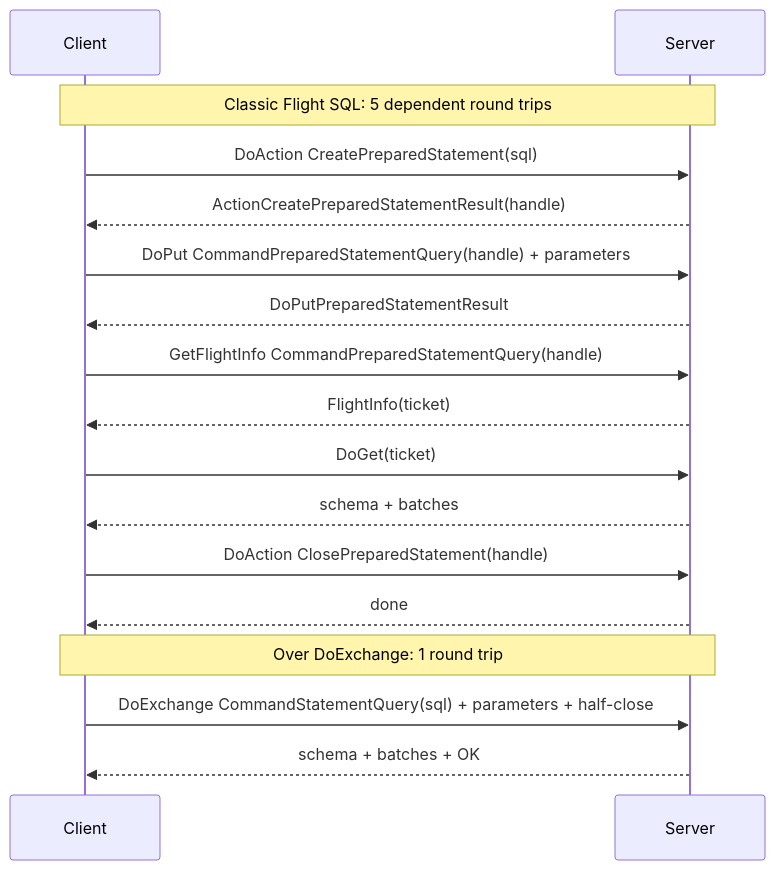
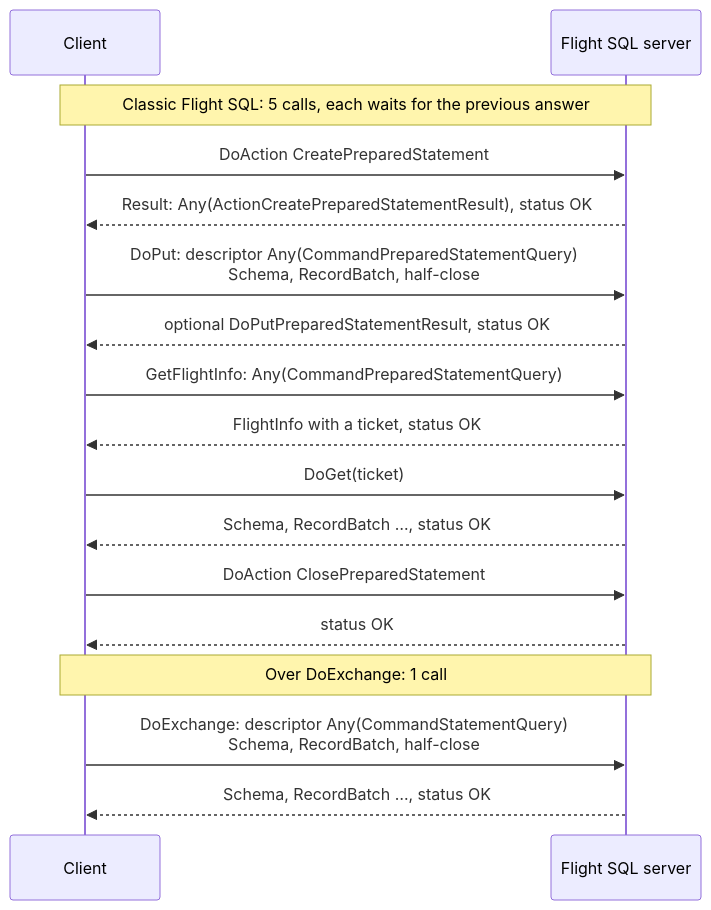
The first of 11 diagrams in flight/flight-sql/flight-sql-over-doexchange.md (xborder/arrow-java), drawn with Mermaid before and after one commit. The commit also changed other lines of this file, not shown here.

First line of the commit message:
[FlightSQL] Rework the DoExchange notes into a protocol proposal

````diff
--- a/flight/flight-sql/flight-sql-over-doexchange.md
+++ b/flight/flight-sql/flight-sql-over-doexchange.md
@@ -152,19 +262,19 @@
 ```mermaid
 sequenceDiagram
     participant C as Client
-    participant S as Server
-    Note over C,S: Classic Flight SQL: 5 dependent round trips
-    C->>S: DoAction CreatePreparedStatement(sql)
-    S-->>C: ActionCreatePreparedStatementResult(handle)
-    C->>S: DoPut CommandPreparedStatementQuery(handle) + parameters
-    S-->>C: DoPutPreparedStatementResult
-    C->>S: GetFlightInfo CommandPreparedStatementQuery(handle)
-    S-->>C: FlightInfo(ticket)
+    participant S as Flight SQL server
+    Note over C,S: Classic Flight SQL: 5 calls, each waits for the previous answer
+    C->>S: DoAction CreatePreparedStatement
+    S-->>C: Result: Any(ActionCreatePreparedStatementResult), status OK
+    C->>S: DoPut: descriptor Any(CommandPreparedStatementQuery)<br/>Schema, RecordBatch, half-close
+    S-->>C: optional DoPutPreparedStatementResult, status OK
+    C->>S: GetFlightInfo: Any(CommandPreparedStatementQuery)
+    S-->>C: FlightInfo with a ticket, status OK
     C->>S: DoGet(ticket)
-    S-->>C: schema + batches
-    C->>S: DoAction ClosePreparedStatement(handle)
-    S-->>C: done
-    Note over C,S: Over DoExchange: 1 round trip
-    C->>S: DoExchange CommandStatementQuery(sql) + parameters + half-close
-    S-->>C: schema + batches + OK
+    S-->>C: Schema, RecordBatch …, status OK
+    C->>S: DoAction ClosePreparedStatement
+    S-->>C: status OK
+    Note over C,S: Over DoExchange: 1 call
+    C->>S: DoExchange: descriptor Any(CommandStatementQuery)<br/>Schema, RecordBatch, half-close
+    S-->>C: Schema, RecordBatch …, status OK
 ```
````
